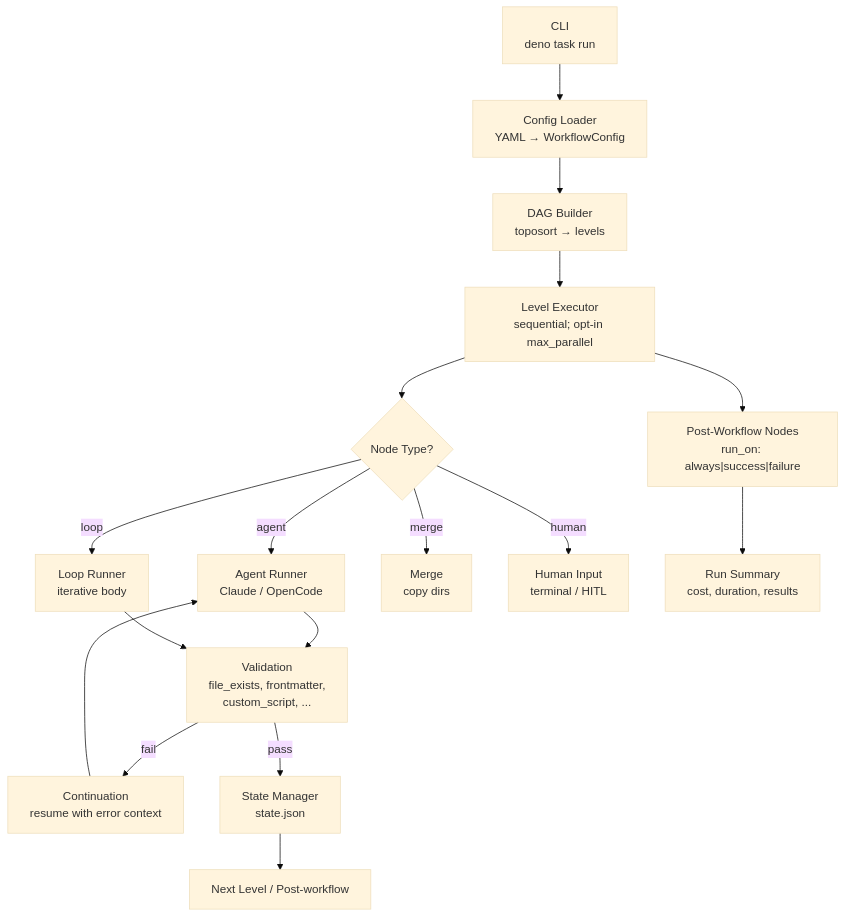
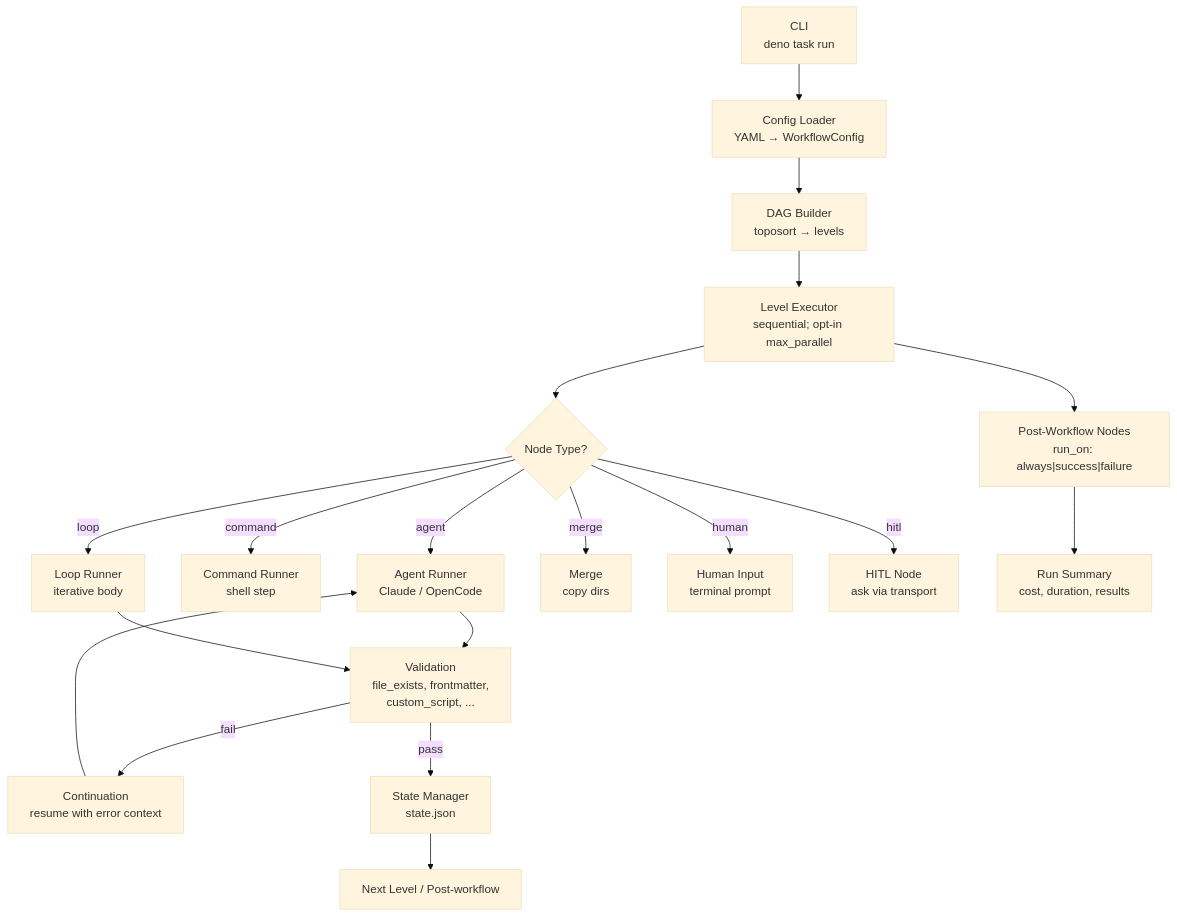
The first of 2 diagrams in README.md (korchasa/auto-flow), drawn with Mermaid (base theme) before and after one commit. The commit also changed other lines of this file, not shown here.

Commit message:
docs: bring the README up to the current node set and isolation model

````diff
--- a/README.md
+++ b/README.md
@@ -125,22 +125,24 @@
 ```mermaid
 graph TD
     CLI["CLI<br/>deno task run"] --> ConfigLoader["Config Loader<br/>YAML → WorkflowConfig"]
     ConfigLoader --> DAG["DAG Builder<br/>toposort → levels"]
     DAG --> Executor["Level Executor<br/>sequential; opt-in max_parallel"]
 
     Executor --> Dispatch{Node Type?}
     Dispatch -->|agent| Agent["Agent Runner<br/>Claude / OpenCode"]
+    Dispatch -->|command| Command["Command Runner<br/>shell step"]
     Dispatch -->|loop| Loop["Loop Runner<br/>iterative body"]
     Dispatch -->|merge| Merge["Merge<br/>copy dirs"]
-    Dispatch -->|human| Human["Human Input<br/>terminal / HITL"]
+    Dispatch -->|human| Human["Human Input<br/>terminal prompt"]
+    Dispatch -->|hitl| Hitl["HITL Node<br/>ask via transport"]
 
     Agent --> Validate["Validation<br/>file_exists, frontmatter,<br/>custom_script, ..."]
     Loop --> Validate
     Validate -->|fail| Continue["Continuation<br/>resume with error context"]
     Continue --> Agent
     Validate -->|pass| State["State Manager<br/>state.json"]
     State --> Next["Next Level / Post-workflow"]
 
     Executor --> PostWorkflow["Post-Workflow Nodes<br/>run_on: always|success|failure"]
     PostWorkflow --> Summary["Run Summary<br/>cost, duration, results"]
 ```
````
